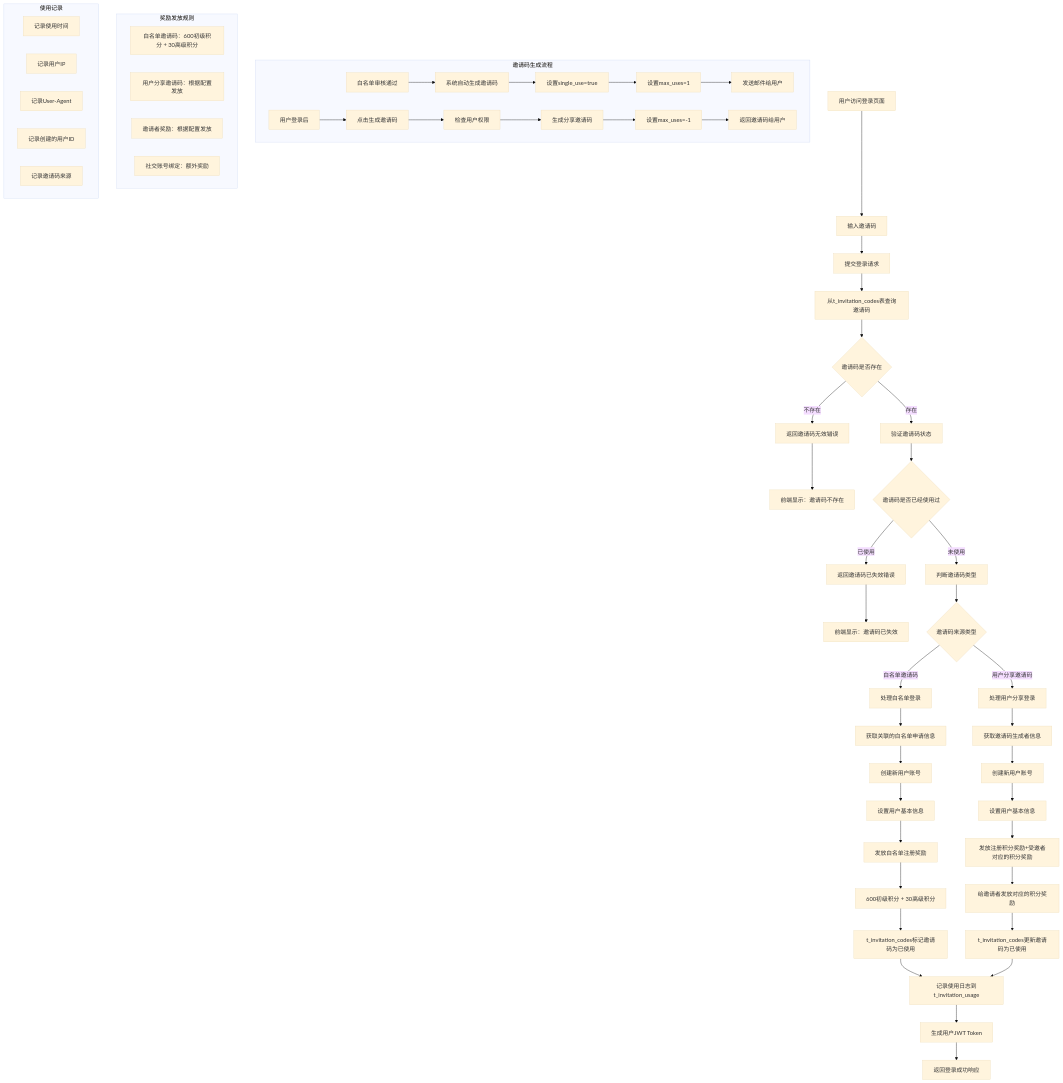
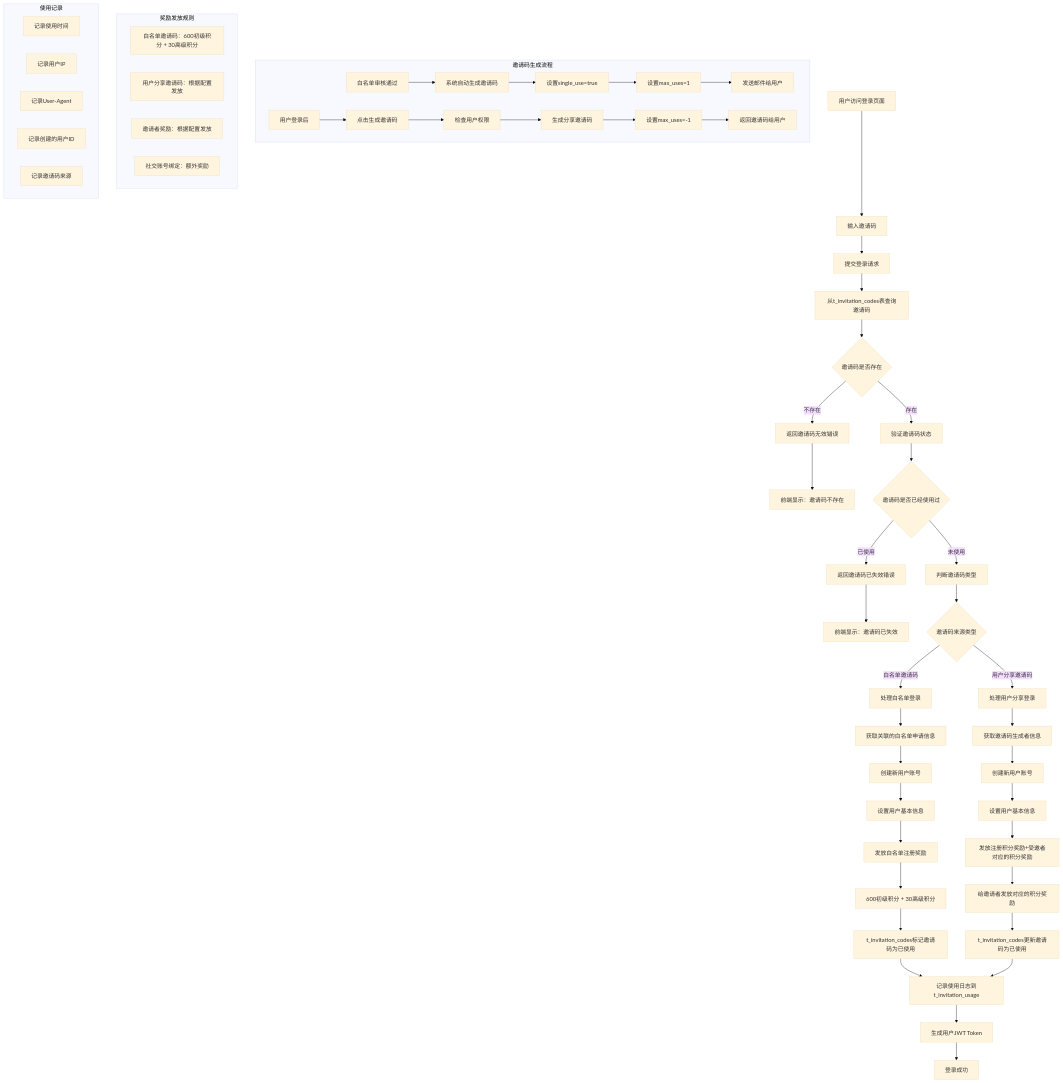
One commit to yingjianzh/iodraw-files changed the diagram in all/未命名-71.md. Above: the diagram before and after it, drawn with Mermaid (base theme).

Commit message:
2025-07-03 14:03:03 update

````diff
--- a/all/未命名-71.md
+++ b/all/未命名-71.md
@@ -1,67 +1,67 @@
 ```mermaid
 flowchart TD
     A[用户访问登录页面] --> B[输入邀请码]
     B --> E[提交登录请求]
     E --> H[从t_invitation_codes表查询邀请码]
     H --> I{邀请码是否存在}
     I -->|不存在| J[返回邀请码无效错误]
     J --> K[前端显示：邀请码不存在]
     
     I -->|存在| L[验证邀请码状态]
     L --> M{邀请码是否已经使用过}
     M -->|已使用| N[返回邀请码已失效错误]
     N --> O[前端显示：邀请码已失效]
     
     M -->|未使用| X[判断邀请码类型]
     X --> Y{邀请码来源类型}
     
     Y -->|白名单邀请码| Z[处理白名单登录]
     Z --> Z1[获取关联的白名单申请信息]
     Z1 --> Z2[创建新用户账号]
     Z2 --> Z3[设置用户基本信息]
     Z3 --> Z4[发放白名单注册奖励]
     Z4 --> Z5[600初级积分 + 30高级积分]
     Z5 --> Z6[t_invitation_codes标记邀请码为已使用]
     Z6 --> AA[记录使用日志到t_invitation_usage]
     
     Y -->|用户分享邀请码| BB[处理用户分享登录]
     BB --> BB1[获取邀请码生成者信息]
     BB1 --> BB2[创建新用户账号]
     BB2 --> BB3[设置用户基本信息]
     BB3 --> BB4[发放注册积分奖励+受邀者对应的积分奖励]
     BB4 --> BB5[给邀请者发放对应的积分奖励]
     BB5 --> BB6[t_invitation_codes更新邀请码为已使用]
     BB6 --> AA
     
     AA --> CC[生成用户JWT Token]
-    CC --> DD[返回登录成功响应]
+    CC --> DD[登录成功]
     
-    
+
     subgraph "邀请码生成流程"
         IG1[白名单审核通过] --> IG2[系统自动生成邀请码]
         IG2 --> IG3[设置single_use=true]
         IG3 --> IG4[设置max_uses=1]
         IG4 --> IG5[发送邮件给用户]
         
         UG1[用户登录后] --> UG2[点击生成邀请码]
         UG2 --> UG3[检查用户权限]
         UG3 --> UG4[生成分享邀请码]
         UG4 --> UG5[设置max_uses=-1]
         UG5 --> UG6[返回邀请码给用户]
     end
     
     subgraph "奖励发放规则"
         R1[白名单邀请码：600初级积分 + 30高级积分]
         R2[用户分享邀请码：根据配置发放]
         R3[邀请者奖励：根据配置发放]
         R4[社交账号绑定：额外奖励]
     end
     
     subgraph "使用记录"
         L1[记录使用时间]
         L2[记录用户IP]
         L3[记录User-Agent]
         L4[记录创建的用户ID]
         L5[记录邀请码来源]
     end
 ```
````
